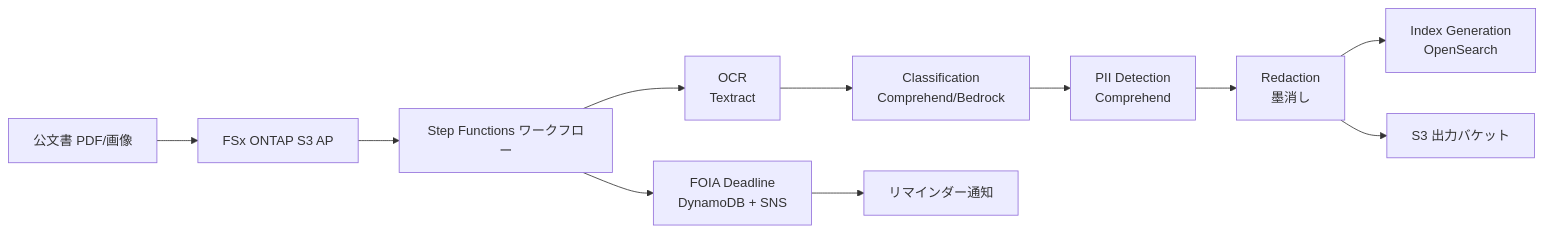
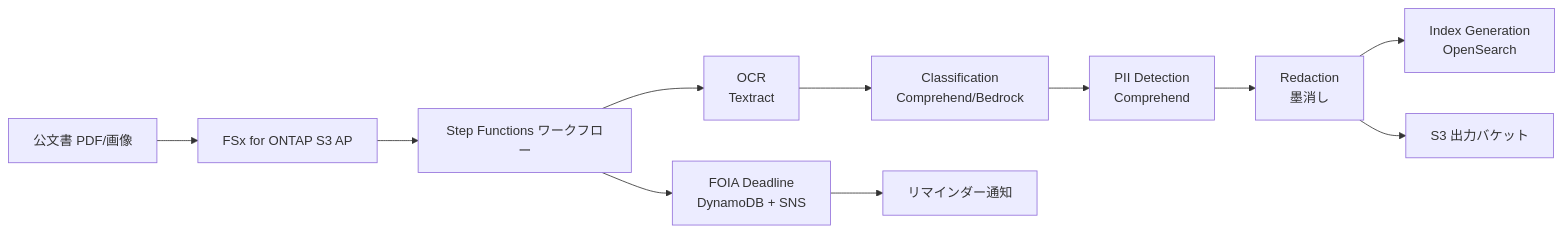
One commit to Yoshiki0705/FSx-for-ONTAP-S3AccessPoints-Serverless-Patterns changed the diagram in government-archives/docs/demo-guide.md. Above: the diagram before and after it, drawn with Mermaid. The commit also changed other lines of this file and 752 other files, not shown here.

````diff
--- a/government-archives/docs/demo-guide.md
+++ b/government-archives/docs/demo-guide.md
@@ -23,13 +23,13 @@
 ```mermaid
 graph LR
-    A[公文書 PDF/画像] --> B[FSx ONTAP S3 AP]
+    A[公文書 PDF/画像] --> B[FSx for ONTAP S3 AP]
     B --> C[Step Functions ワークフロー]
     C --> D[OCR<br/>Textract]
     D --> E[Classification<br/>Comprehend/Bedrock]
     E --> F[PII Detection<br/>Comprehend]
     F --> G[Redaction<br/>墨消し]
     G --> H[Index Generation<br/>OpenSearch]
     C --> I[FOIA Deadline<br/>DynamoDB + SNS]
     G --> J[S3 出力バケット]
     I --> K[リマインダー通知]
 ```
````
